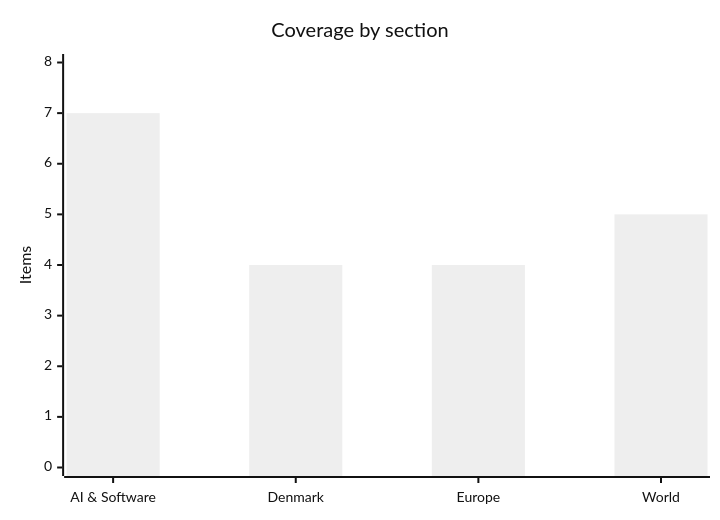
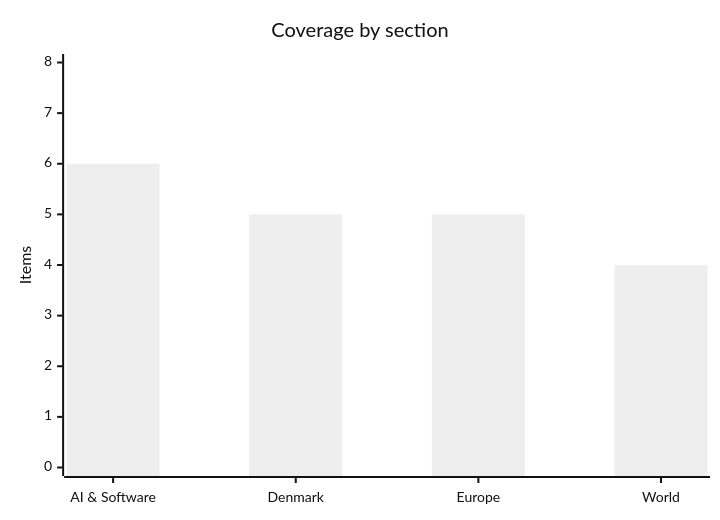
The diagram in news/2026-08-27.md (mhylle/briefings), drawn with Mermaid (neutral theme) before and after one commit. The commit also changed other lines of this file, not shown here.

````diff
--- a/news/2026-08-27.md
+++ b/news/2026-08-27.md
@@ -18,7 +17,7 @@
 ```mermaid
 xychart-beta
     title "Coverage by section"
     x-axis ["AI & Software", "Denmark", "Europe", "World"]
     y-axis "Items" 0 --> 8
-    bar [7, 4, 4, 5]
+    bar [6, 5, 5, 4]
 ```
````
